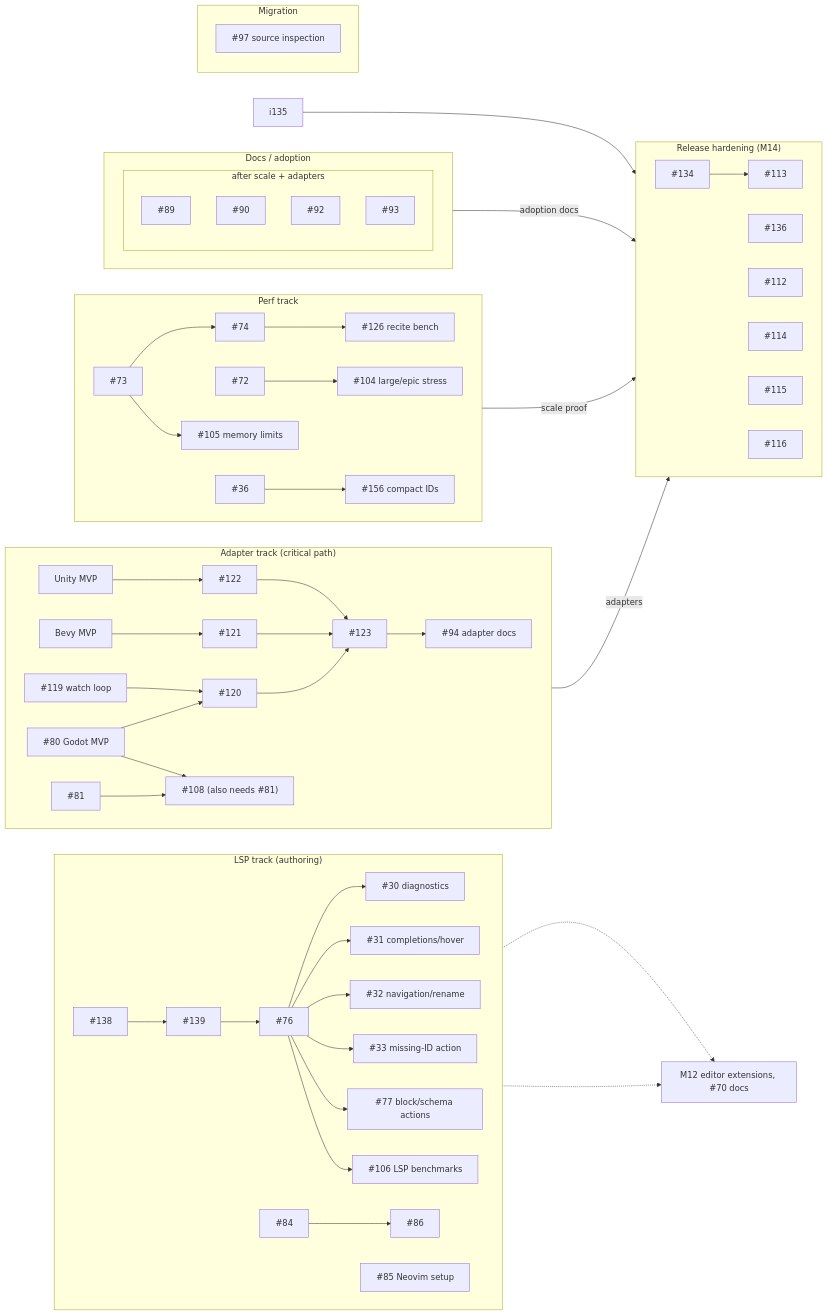
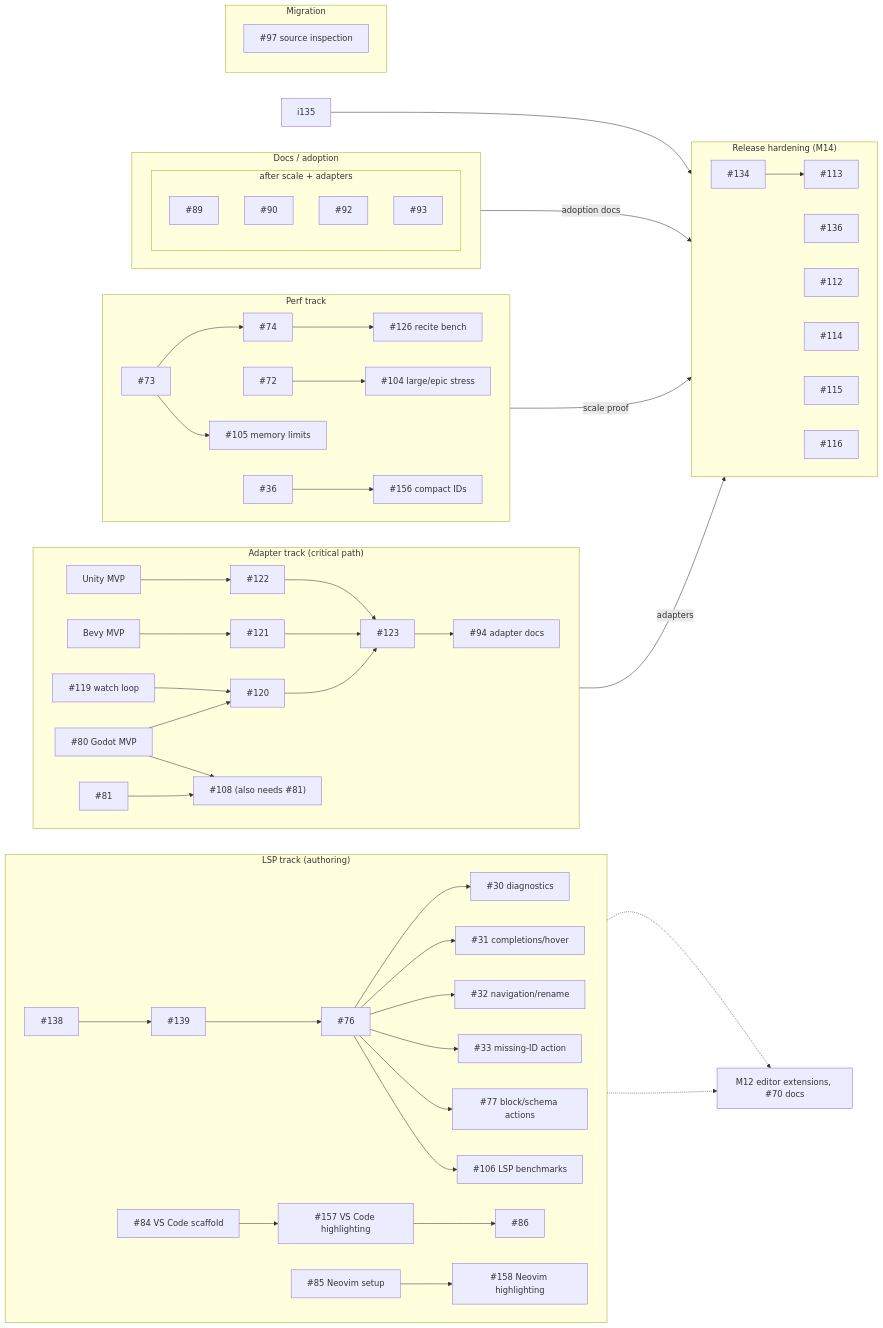
One commit to plethu/recite changed the diagram in docs/roadmap.md. Above: the diagram before and after it, drawn with Mermaid. The commit also changed other lines of this file, not shown here.

Commit message:
docs: track editor highlighting follow-ups

````diff
--- a/docs/roadmap.md
+++ b/docs/roadmap.md
@@ -53,72 +53,73 @@
 ```mermaid
 flowchart LR
   subgraph LSP["LSP track (authoring)"]
     direction LR
     i138["#138"] --> i139["#139"]
     i139["#139"] --> i76["#76"]
     i76 --> i30["#30 diagnostics"]
     i76 --> i31["#31 completions/hover"]
     i76 --> i32["#32 navigation/rename"]
     i76 --> i33["#33 missing-ID action"]
     i76 --> i77["#77 block/schema actions"]
     i76 --> i106["#106 LSP benchmarks"]
-    i84["#84"] --> i86["#86"]
-    i85["#85 Neovim setup"]
+    i84["#84 VS Code scaffold"] --> i157["#157 VS Code highlighting"]
+    i157 --> i86["#86"]
+    i85["#85 Neovim setup"] --> i158["#158 Neovim highlighting"]
   end
 
   subgraph ADP["Adapter track (critical path)"]
     direction LR
     i80["#80 Godot MVP"] --> i120["#120"]
     i119["#119 watch loop"] --> i120
     iBevy["Bevy MVP"] --> i121["#121"]
     iUnity["Unity MVP"] --> i122["#122"]
     i120 --> i123["#123"]
     i121 --> i123
     i122 --> i123
     i123 --> i94["#94 adapter docs"]
     i81["#81"] --> i108
     i80 --> i108["#108 (also needs #81)"]
   end
 
   subgraph PERF["Perf track"]
     direction LR
     i73["#73"] --> i74["#74"]
     i74 --> i126["#126 recite bench"]
     i72["#72"] --> i104["#104 large/epic stress"]
     i73 --> i105["#105 memory limits"]
     i36["#36"] --> i156["#156 compact IDs"]
   end
 
   subgraph DOCS["Docs / adoption"]
     direction LR
     subgraph DLATER["after scale + adapters"]
       i89["#89"]
       i90["#90"]
       i92["#92"]
       i93["#93"]
     end
   end
 
   subgraph MIG["Migration"]
     i97["#97 source inspection"]
   end
 
   subgraph REL["Release hardening (M14)"]
     direction LR
     i134["#134"]
     i136["#136"]
     i112["#112"]
     i113["#113"]
     i114["#114"]
     i115["#115"]
     i116["#116"]
   end
 
-  i84 -.-> editor["M12 editor extensions, #70 docs"]
-  i85 -.-> editor
+  i157 -.-> editor["M12 editor extensions, #70 docs"]
+  i158 -.-> editor
   i134 --> i113
   i135 --> i112
   i94 -- adapters --> REL
   i74 -- scale proof --> REL
   DLATER -- adoption docs --> REL
 ```
````
